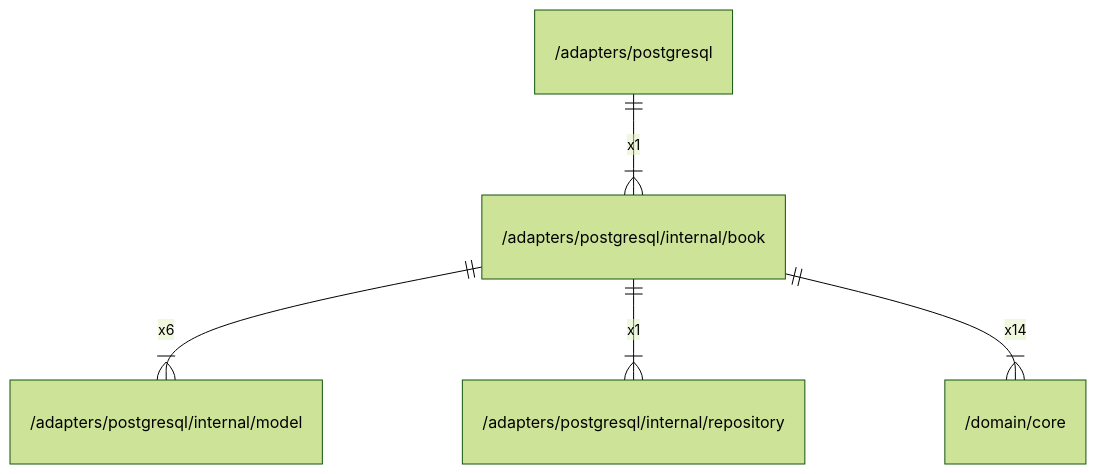
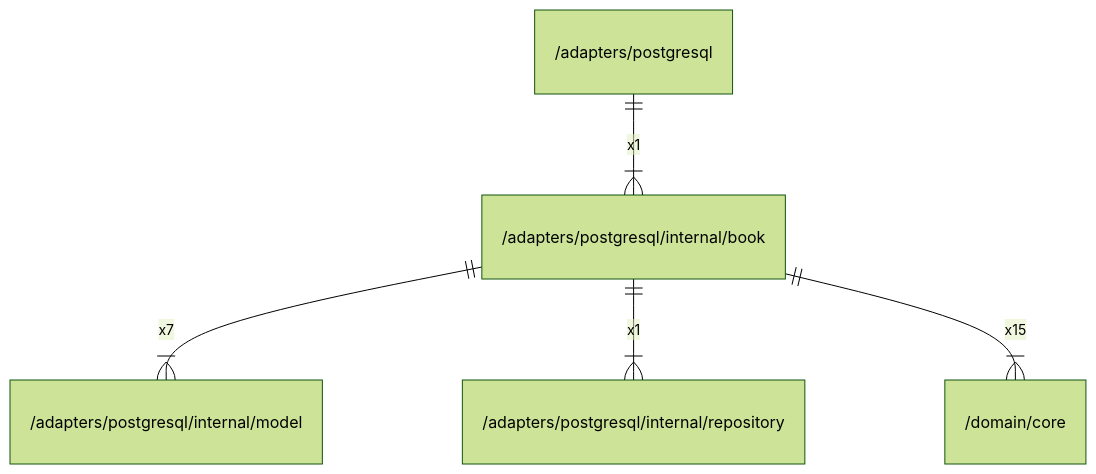
Before and after one commit to gbh007/hgraber-next: the diagram in docs/arch/adapters/postgresql/internal/book.md, drawn with Mermaid (forest theme). The commit also changed other lines of this file and 52 other files, not shown here.

````diff
--- a/docs/arch/adapters/postgresql/internal/book.md
+++ b/docs/arch/adapters/postgresql/internal/book.md
@@ -29,7 +29,7 @@
 ```mermaid
 erDiagram
     "/adapters/postgresql" ||--|{ "/adapters/postgresql/internal/book" : x1
-    "/adapters/postgresql/internal/book" ||--|{ "/adapters/postgresql/internal/model" : x6
+    "/adapters/postgresql/internal/book" ||--|{ "/adapters/postgresql/internal/model" : x7
     "/adapters/postgresql/internal/book" ||--|{ "/adapters/postgresql/internal/repository" : x1
-    "/adapters/postgresql/internal/book" ||--|{ "/domain/core" : x14
+    "/adapters/postgresql/internal/book" ||--|{ "/domain/core" : x15
 ```
````
